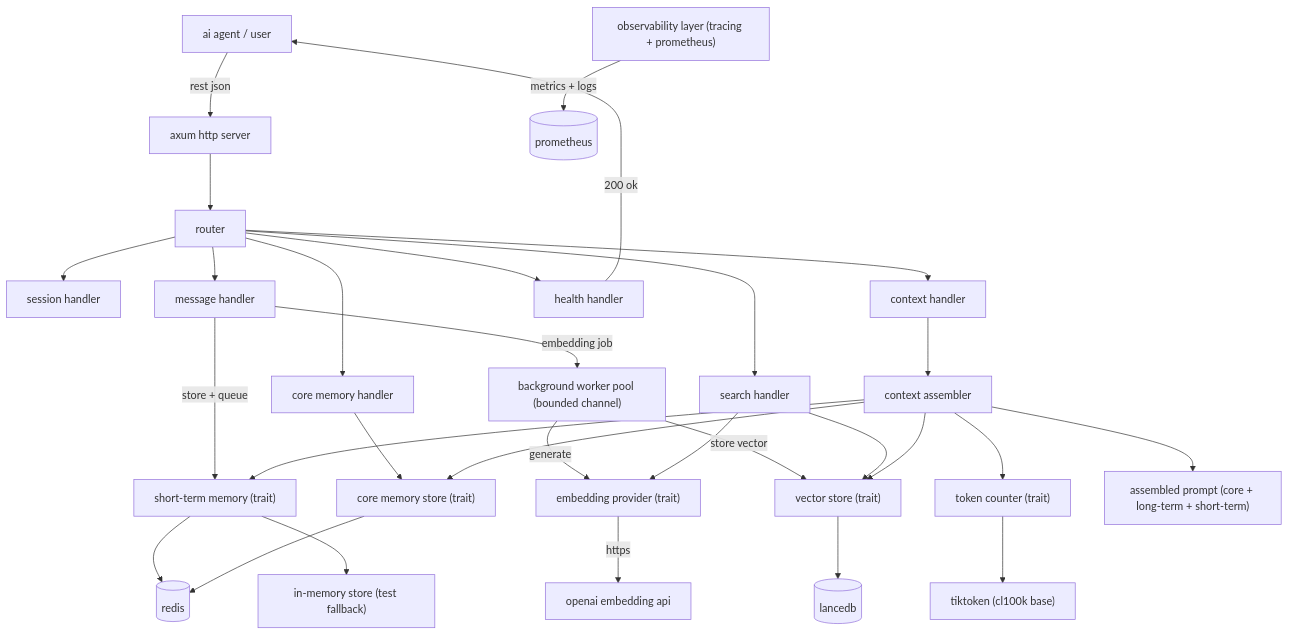
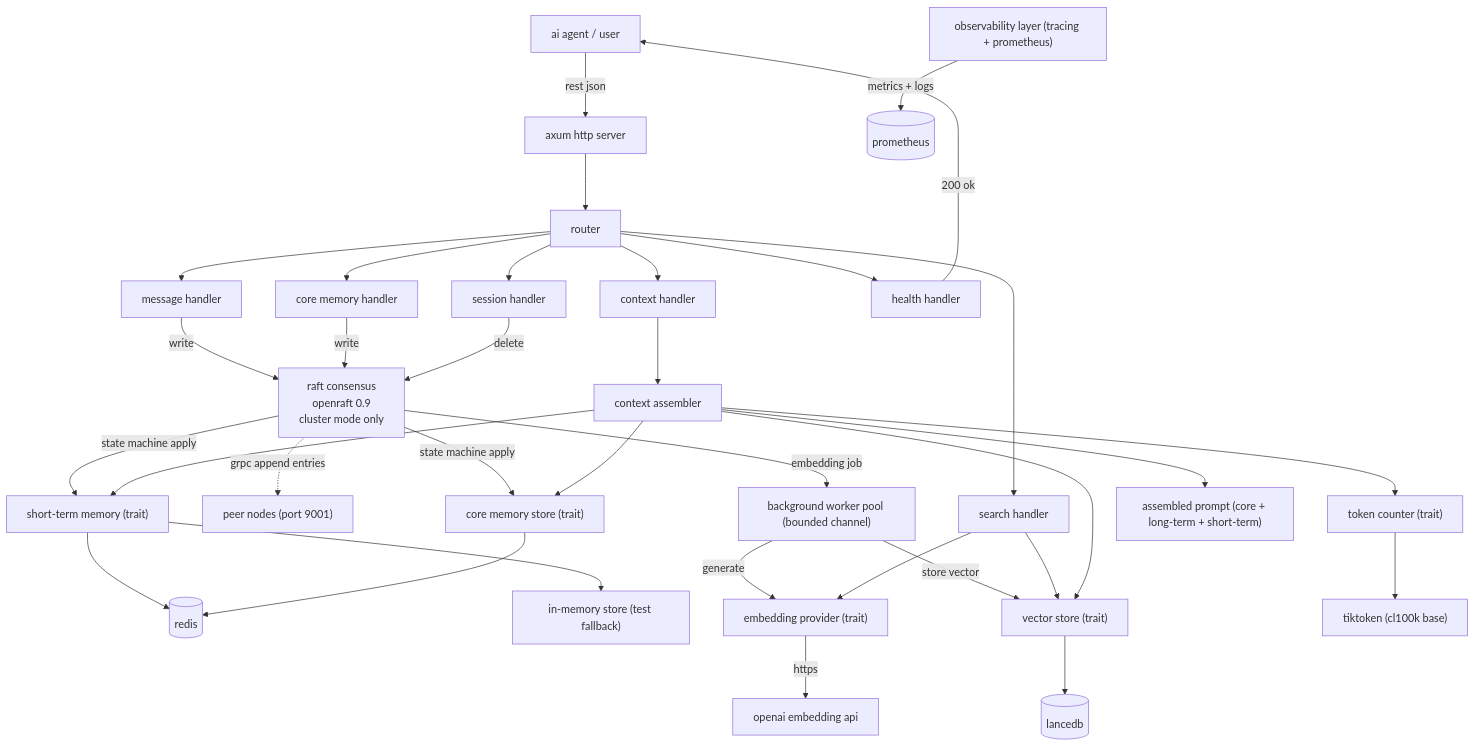
One commit to bit2swaz/engram changed the first of 2 diagrams in docs/ARCHITECTURE.md. Above: the diagram before and after it, drawn with Mermaid. The commit also changed other lines of this file and 7 other files, not shown here.

````diff
--- a/docs/ARCHITECTURE.md
+++ b/docs/ARCHITECTURE.md
@@ -23,42 +15,46 @@
 ```mermaid
 graph TD
     client["ai agent / user"] -->|rest json| axum["axum http server"]
     axum --> router["router"]
 
     router --> sessionhandler["session handler"]
     router --> memoryhandler["message handler"]
     router --> contexthandler["context handler"]
     router --> searchhandler["search handler"]
     router --> corememhandler["core memory handler"]
     router --> healthhandler["health handler"]
 
-    memoryhandler -->|store + queue| shortterm["short-term memory (trait)"]
-    memoryhandler -->|embedding job| embedqueue["background worker pool (bounded channel)"]
+    memoryhandler -->|write| raft["raft consensus\nopenraft 0.9\ncluster mode only"]
+    corememhandler -->|write| raft
+    sessionhandler -->|delete| raft
+    raft -.->|grpc append entries| peers["peer nodes (port 9001)"]
+    raft -->|state machine apply| shortterm["short-term memory (trait)"]
+    raft -->|state machine apply| coremem["core memory store (trait)"]
+    raft -->|embedding job| embedqueue["background worker pool (bounded channel)"]
 
     shortterm --> redis[("redis")]
     shortterm --> inmem["in-memory store (test fallback)"]
 
     embedqueue -->|generate| embedprovider["embedding provider (trait)"]
     embedprovider -->|https| openai["openai embedding api"]
 
     embedqueue -->|store vector| longterm["vector store (trait)"]
     longterm --> lancedb[("lancedb")]
 
-    corememhandler --> coremem["core memory store (trait)"]
     coremem --> redis
 
     searchhandler --> embedprovider
     searchhandler --> longterm
 
     contexthandler --> assembler["context assembler"]
     assembler --> shortterm
     assembler --> longterm
     assembler --> coremem
     assembler --> tokencounter["token counter (trait)"]
     tokencounter --> tiktoken["tiktoken (cl100k base)"]
     assembler --> finalcontext["assembled prompt (core + long-term + short-term)"]
 
     healthhandler -->|200 ok| client
 
     observability["observability layer (tracing + prometheus)"] -->|metrics + logs| prometheus[("prometheus")]
 ```
````
